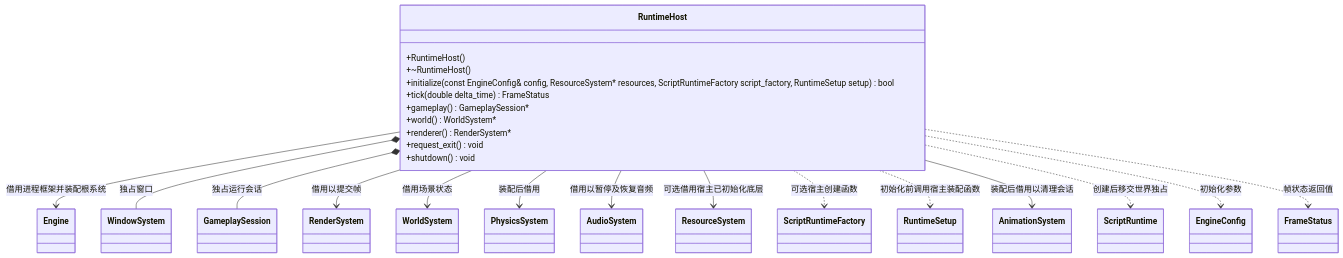
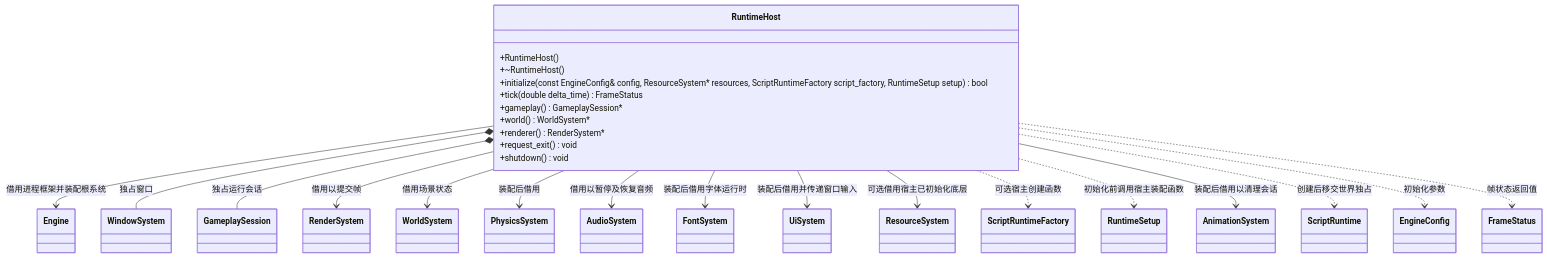
One commit to lcals/Engine changed the diagram in docs/runtime/class-diagrams/runtime-host.md. Above: the diagram before and after it, drawn with Mermaid. The commit also changed other lines of this file and 115 other files, not shown here.

````diff
--- a/docs/runtime/class-diagrams/runtime-host.md
+++ b/docs/runtime/class-diagrams/runtime-host.md
@@ -5,43 +5,45 @@
 ```mermaid
 classDiagram
     direction TB
     class RuntimeHost {
         +RuntimeHost()
         +~RuntimeHost()
         +initialize(const EngineConfig& config, ResourceSystem#42; resources, ScriptRuntimeFactory script_factory, RuntimeSetup setup) bool
         +tick(double delta_time) FrameStatus
         +gameplay() GameplaySession#42;
         +world() WorldSystem#42;
         +renderer() RenderSystem#42;
         +request_exit() void
         +shutdown() void
     }
     class Engine
     class WindowSystem
     class GameplaySession
     class RenderSystem
     class WorldSystem
     class PhysicsSystem
     class AudioSystem
     class ResourceSystem
     class ScriptRuntime
     class ScriptRuntimeFactory
     class RuntimeSetup
     class AnimationSystem
     class EngineConfig
     class FrameStatus
     RuntimeHost --> Engine : 借用进程框架并装配根系统
     RuntimeHost *-- WindowSystem : 独占窗口
     RuntimeHost *-- GameplaySession : 独占运行会话
     RuntimeHost --> RenderSystem : 借用以提交帧
     RuntimeHost --> WorldSystem : 借用场景状态
     RuntimeHost --> PhysicsSystem : 装配后借用
     RuntimeHost --> AudioSystem : 借用以暂停及恢复音频
+    RuntimeHost --> FontSystem : 装配后借用字体运行时
+    RuntimeHost --> UiSystem : 装配后借用并传递窗口输入
     RuntimeHost --> ResourceSystem : 可选借用宿主已初始化底层
     RuntimeHost ..> ScriptRuntimeFactory : 可选宿主创建函数
     RuntimeHost ..> RuntimeSetup : 初始化前调用宿主装配函数
     RuntimeHost --> AnimationSystem : 装配后借用以清理会话
     RuntimeHost ..> ScriptRuntime : 创建后移交世界独占
     RuntimeHost ..> EngineConfig : 初始化参数
     RuntimeHost ..> FrameStatus : 帧状态返回值
 ```
````
